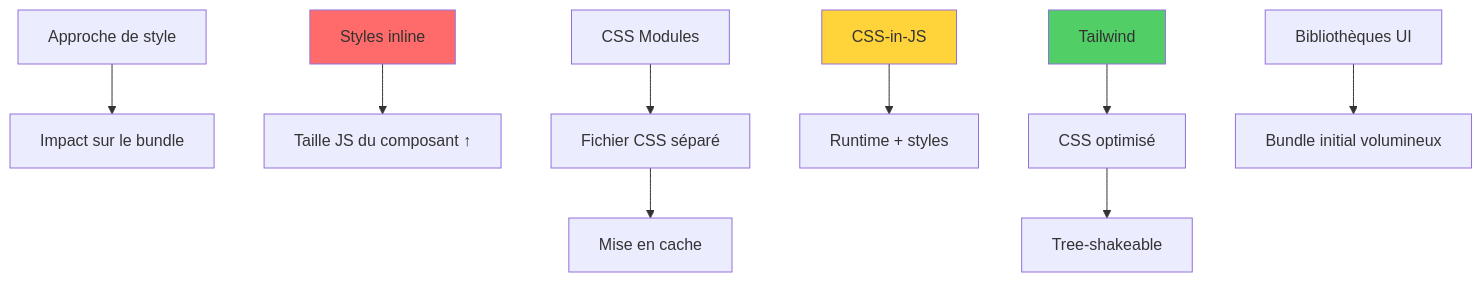
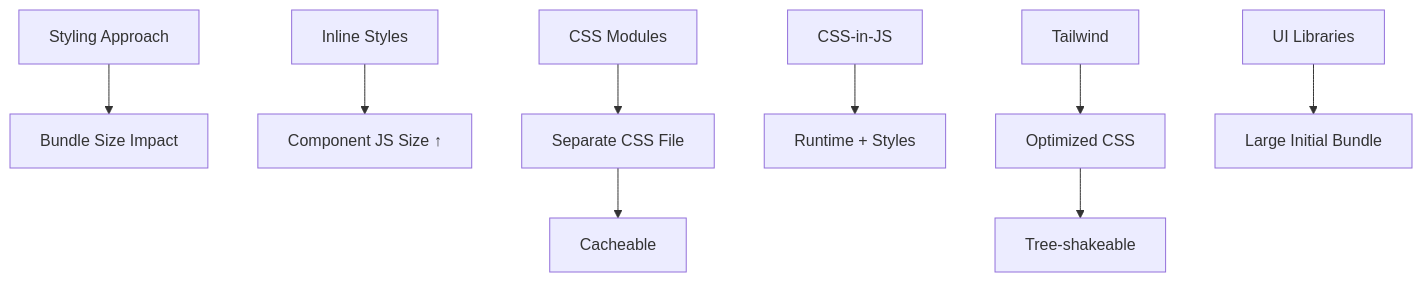
Before and after one commit to BabaScience/react-guides: the fifth of 6 diagrams in arguments/chapters/fr/04-react-styling.md, drawn with Mermaid. The commit also changed other lines of this file and 29 other files, not shown here.

First line of the commit message:
Bring React FR/IT translations to full English parity + theme-safe diagrams

````diff
--- a/arguments/chapters/fr/04-react-styling.md
+++ b/arguments/chapters/fr/04-react-styling.md
@@ -218,17 +1981,14 @@
 ```mermaid
 graph TD
-    A[Approche de style] --> B[Impact sur le bundle]
+    A[Styling Approach] --> B[Bundle Size Impact]
     
-    C[Styles inline] --> D[Taille JS du composant ↑]
-    E[CSS Modules] --> F[Fichier CSS séparé]
-    G[CSS-in-JS] --> H[Runtime + styles]
-    I[Tailwind] --> J[CSS optimisé]
-    K[Bibliothèques UI] --> L[Bundle initial volumineux]
+    C[Inline Styles] --> D[Component JS Size ↑]
+    E[CSS Modules] --> F[Separate CSS File]
+    G[CSS-in-JS] --> H[Runtime + Styles]
+    I[Tailwind] --> J[Optimized CSS]
+    K[UI Libraries] --> L[Large Initial Bundle]
     
-    F --> M[Mise en cache]
+    F --> M[Cacheable]
     J --> N[Tree-shakeable]
     
-    style C fill:#ff6b6b
-    style G fill:#ffd43b
-    style I fill:#51cf66
 ```
````
